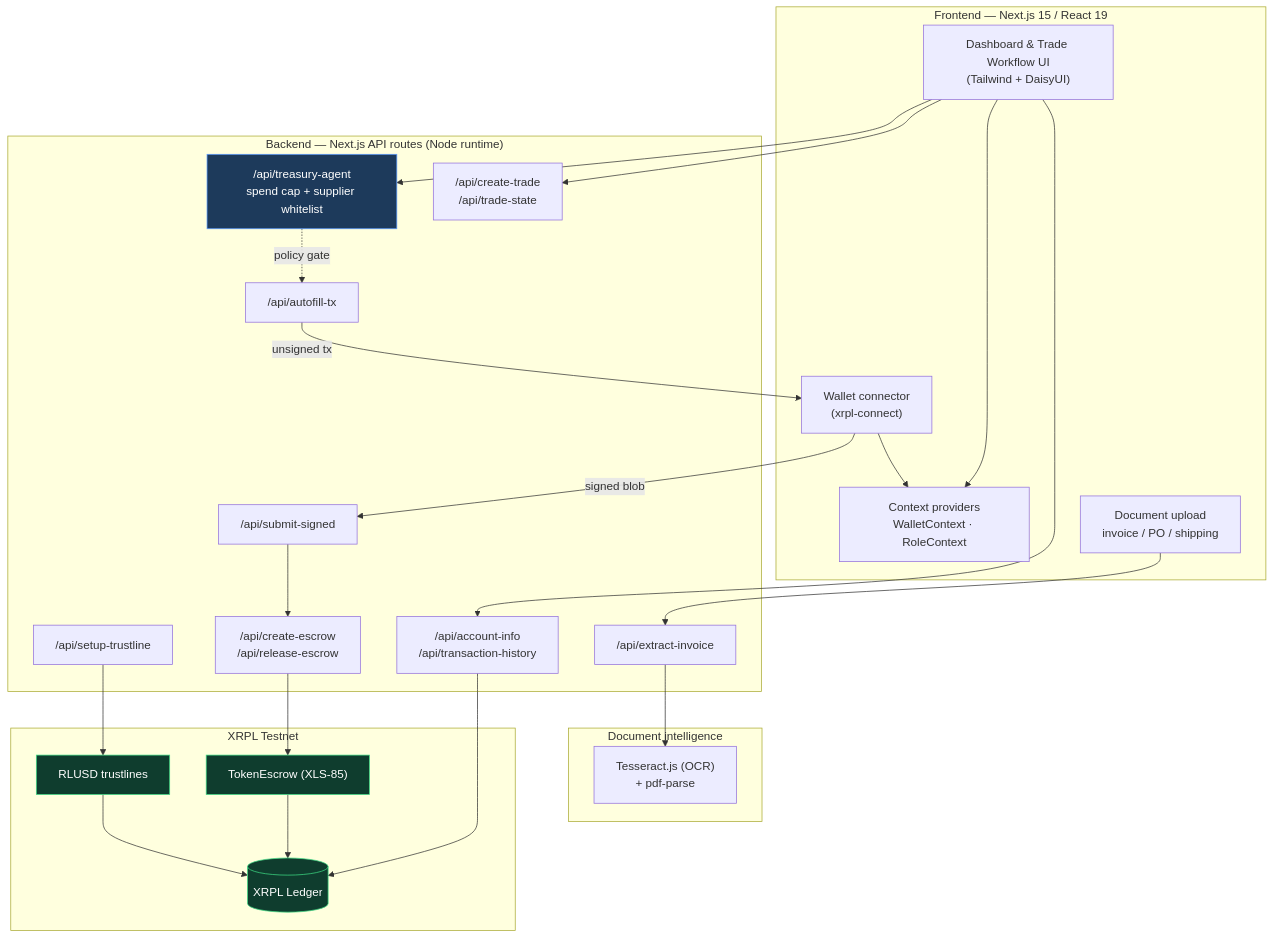
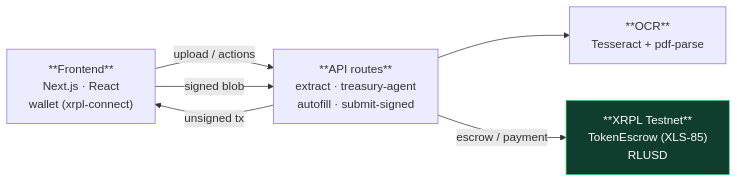
One commit to indkhan/go_on_or_give_up changed the diagram in README.md. Above: the diagram before and after it, drawn with Mermaid.

Commit message:
feat:minimized design

````diff
--- a/README.md
+++ b/README.md
@@ -62,54 +62,16 @@
 ```mermaid
-flowchart TB
-    subgraph CLIENT["Frontend — Next.js 15 / React 19"]
-        UI["Dashboard & Trade Workflow UI<br/>(Tailwind + DaisyUI)"]
-        CTX["Context providers<br/>WalletContext · RoleContext"]
-        WALLET["Wallet connector<br/>(xrpl-connect)"]
-        UPLOAD["Document upload<br/>invoice / PO / shipping"]
-    end
+flowchart LR
+    FE["**Frontend**<br/>Next.js · React<br/>wallet (xrpl-connect)"]
+    API["**API routes**<br/>extract · treasury-agent<br/>autofill · submit-signed"]
+    AI["**OCR**<br/>Tesseract + pdf-parse"]
+    XRPL["**XRPL Testnet**<br/>TokenEscrow (XLS-85)<br/>RLUSD"]
 
-    subgraph API["Backend — Next.js API routes (Node runtime)"]
-        EXTRACT["/api/extract-invoice"]
-        AGENT["/api/treasury-agent<br/>spend cap + supplier whitelist"]
-        TRADE["/api/create-trade<br/>/api/trade-state"]
-        AUTOFILL["/api/autofill-tx"]
-        SUBMIT["/api/submit-signed"]
-        ESCROW_API["/api/create-escrow<br/>/api/release-escrow"]
-        TRUST["/api/setup-trustline"]
-        ACCT["/api/account-info<br/>/api/transaction-history"]
-    end
-
-    subgraph AI["Document intelligence"]
-        OCR["Tesseract.js (OCR)<br/>+ pdf-parse"]
-    end
-
-    subgraph XRPL["XRPL Testnet"]
-        ESCROW["TokenEscrow (XLS-85)"]
-        RLUSD["RLUSD trustlines"]
-        LEDGER[("XRPL Ledger")]
-    end
-
-    UI --> CTX
-    UPLOAD --> EXTRACT
-    UI --> AGENT
-    UI --> TRADE
-    UI --> ACCT
-    WALLET --> CTX
-
-    EXTRACT --> OCR
-    AGENT -. policy gate .-> AUTOFILL
-    AUTOFILL -- unsigned tx --> WALLET
-    WALLET -- signed blob --> SUBMIT
-    SUBMIT --> ESCROW_API
-    ESCROW_API --> ESCROW
-    TRUST --> RLUSD
-    ACCT --> LEDGER
-
-    ESCROW --> LEDGER
-    RLUSD --> LEDGER
+    FE -- upload / actions --> API
+    API --> AI
+    API -- unsigned tx --> FE
+    FE -- signed blob --> API
+    API -- escrow / payment --> XRPL
 
     classDef chain fill:#0f3d2e,stroke:#3ddc84,color:#fff;
-    classDef agent fill:#1d3a5b,stroke:#5b9bff,color:#fff;
-    class ESCROW,RLUSD,LEDGER chain;
-    class AGENT agent;
+    class XRPL chain;
 ```
````
